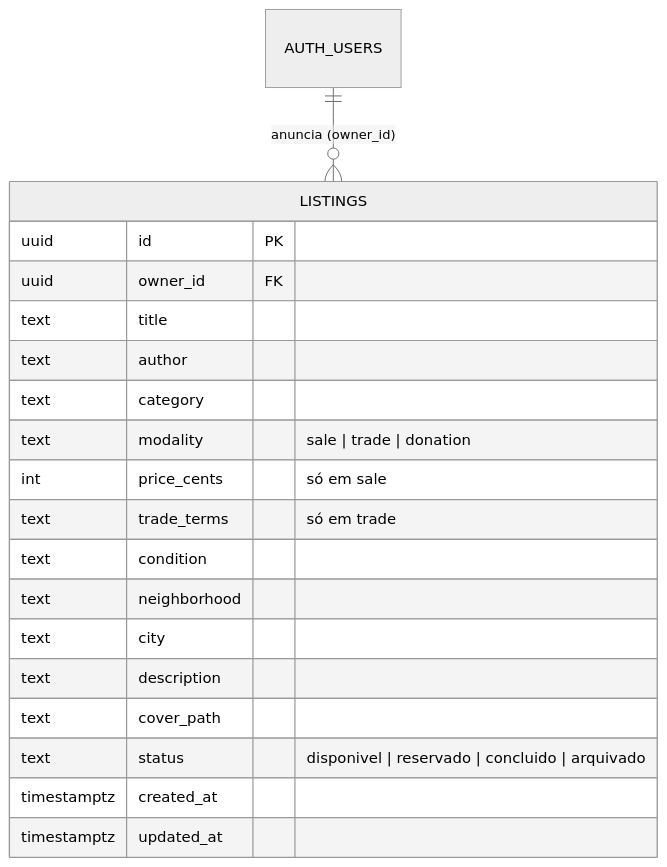
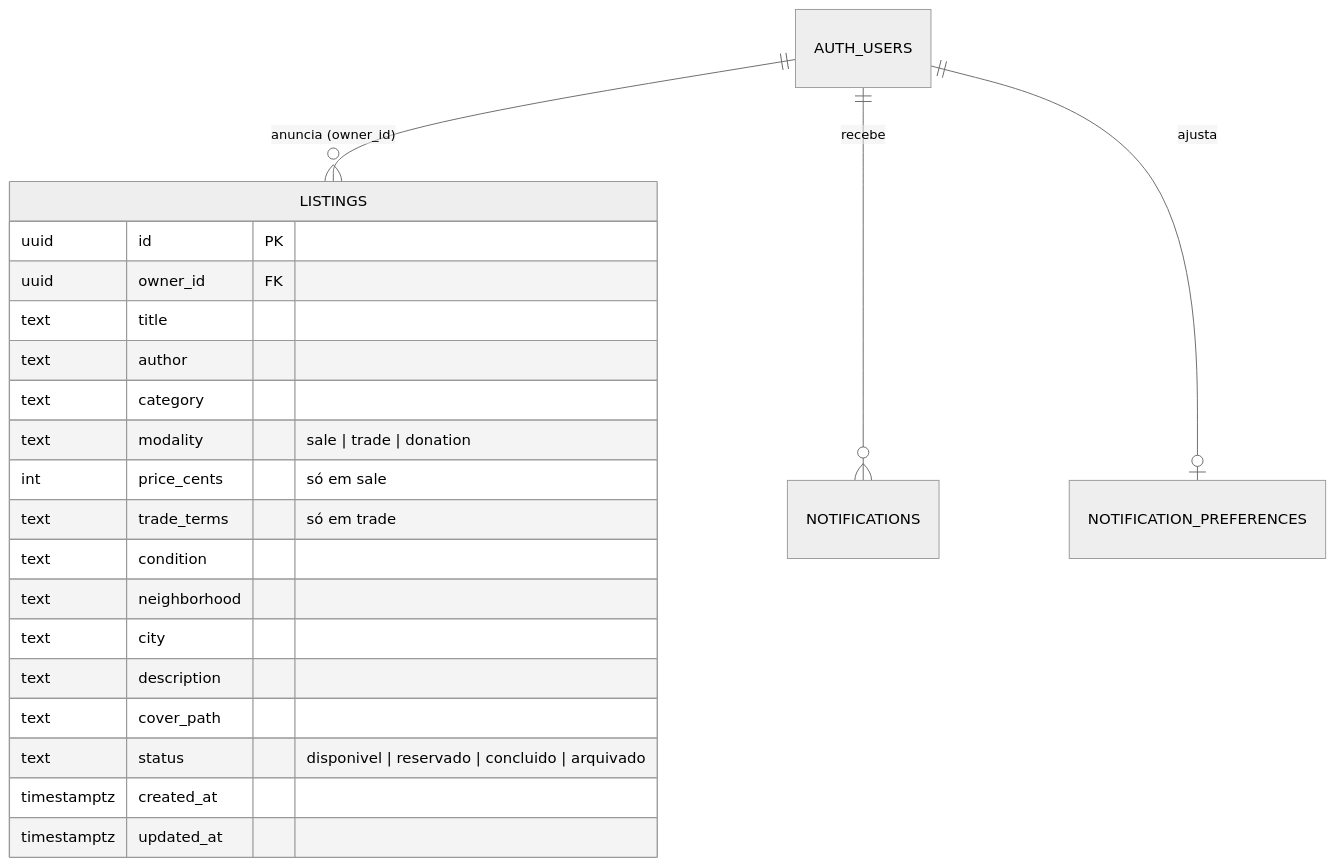
The fourth of 8 diagrams in docs/relatorio-pdm.md (Ghostyxseven/IpeBook), drawn with Mermaid (neutral theme) before and after one commit. The commit also changed other lines of this file and 15 other files, not shown here.

````diff
--- a/docs/relatorio-pdm.md
+++ b/docs/relatorio-pdm.md
@@ -116,22 +120,24 @@
 ```mermaid
 erDiagram
   AUTH_USERS ||--o{ LISTINGS : "anuncia (owner_id)"
+  AUTH_USERS ||--o{ NOTIFICATIONS : "recebe"
+  AUTH_USERS ||--o| NOTIFICATION_PREFERENCES : "ajusta"
   LISTINGS {
     uuid id PK
     uuid owner_id FK
     text title
     text author
     text category
     text modality "sale | trade | donation"
     int price_cents "só em sale"
     text trade_terms "só em trade"
     text condition
     text neighborhood
     text city
     text description
     text cover_path
     text status "disponivel | reservado | concluido | arquivado"
     timestamptz created_at
     timestamptz updated_at
   }
 ```
````
